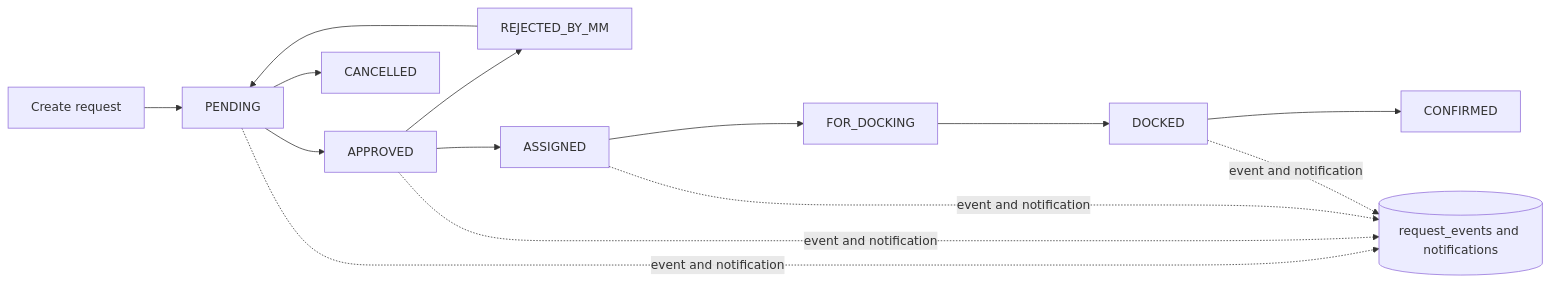
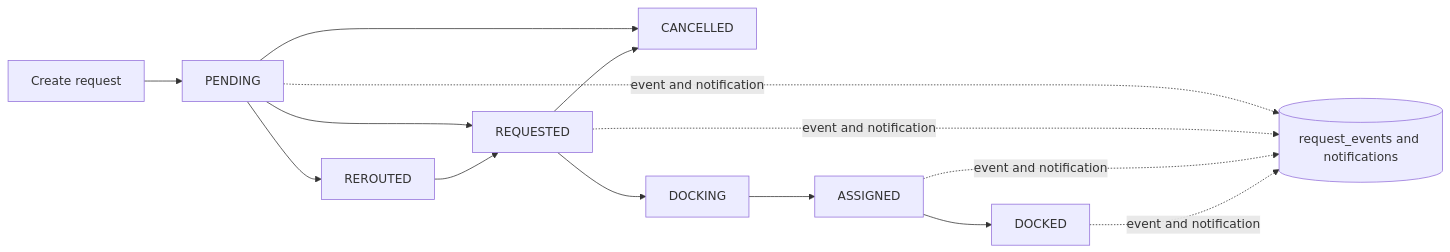
The third of 3 diagrams in docs/architecture/system-design.md (fernandezromarkbspsy-cmyk/GitLab-Mirror), drawn with Mermaid before and after one commit. The commit also changed 36 other files, not shown here.

````diff
--- a/docs/architecture/system-design.md
+++ b/docs/architecture/system-design.md
@@ -144,17 +144,17 @@
 ```mermaid
 flowchart LR
     Create[Create request] --> Pending[PENDING]
-    Pending --> Approved[APPROVED]
+    Pending --> Requested[REQUESTED]
     Pending --> Cancelled[CANCELLED]
-    Approved --> Rejected[REJECTED_BY_MM]
-    Rejected --> Pending
-    Approved --> Assigned[ASSIGNED]
-    Assigned --> Docking[FOR_DOCKING]
-    Docking --> Docked[DOCKED]
-    Docked --> Confirmed[CONFIRMED]
+    Requested --> Cancelled[CANCELLED]
+    Requested --> Docking[DOCKING]
+    Pending --> Rerouted[REROUTED]
+    Rerouted --> Requested
+    Docking --> Assigned[ASSIGNED]
+    Assigned --> Docked[DOCKED]
 
     Pending -. event and notification .-> Events[(request_events and notifications)]
-    Approved -. event and notification .-> Events
+    Requested -. event and notification .-> Events
     Assigned -. event and notification .-> Events
     Docked -. event and notification .-> Events
 ```
````
